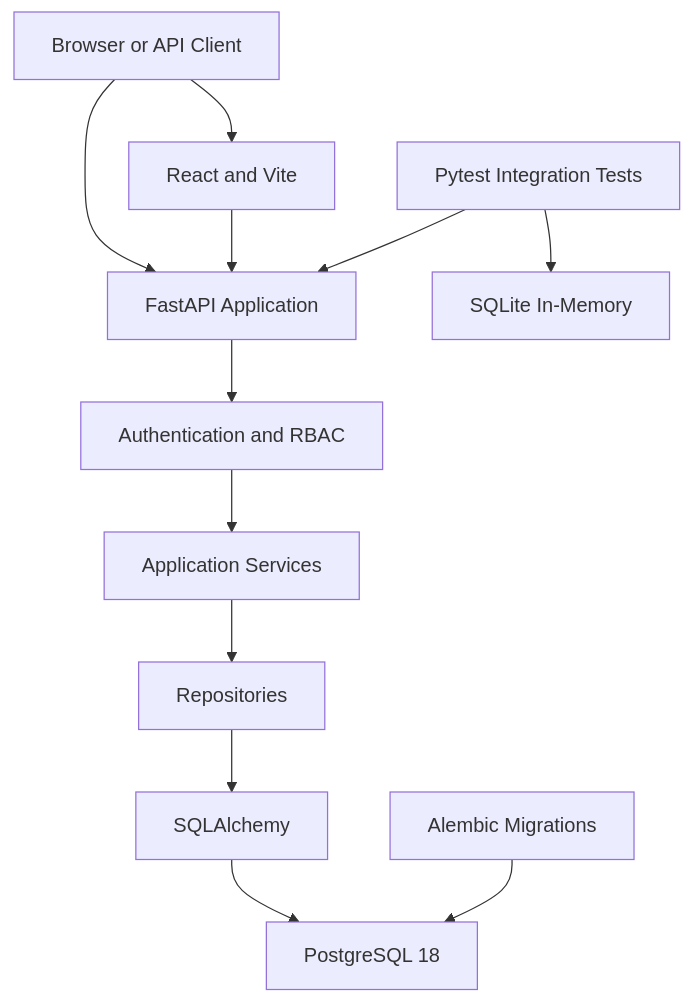
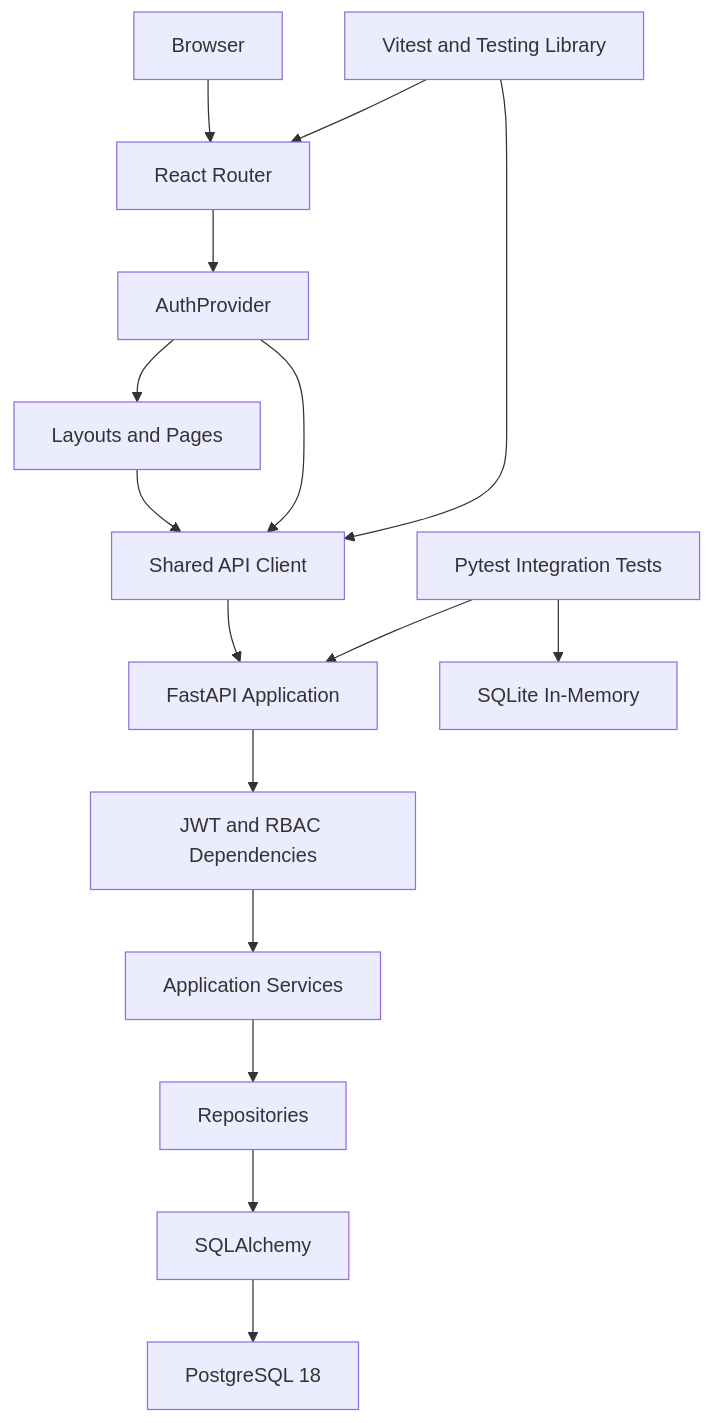
One commit to AJooujee/Software_Engineering_Career_Projects changed the first of 3 diagrams in cloud-deployed-full-stack-system/docs/architecture.md. Above: the diagram before and after it, drawn with Mermaid. The commit also changed other lines of this file and 30 other files, not shown here.

Commit message:
feat(cloud): add frontend authentication and application layout

````diff
--- a/cloud-deployed-full-stack-system/docs/architecture.md
+++ b/cloud-deployed-full-stack-system/docs/architecture.md
@@ -11,26 +13,33 @@
 ```mermaid
 flowchart TD
-    Client["Browser or API Client"]
-    Frontend["React and Vite"]
+    Browser["Browser"]
+    Router["React Router"]
+    Auth["AuthProvider"]
+    UI["Layouts and Pages"]
+    Client["Shared API Client"]
     API["FastAPI Application"]
-    Security["Authentication and RBAC"]
+    Security["JWT and RBAC Dependencies"]
     Services["Application Services"]
     Repositories["Repositories"]
     ORM["SQLAlchemy"]
     PostgreSQL["PostgreSQL 18"]
-    Alembic["Alembic Migrations"]
-    Tests["Pytest Integration Tests"]
+    FrontendTests["Vitest and Testing Library"]
+    BackendTests["Pytest Integration Tests"]
     SQLite["SQLite In-Memory"]
 
-    Client --> Frontend
+    Browser --> Router
+    Router --> Auth
+    Auth --> UI
+    UI --> Client
+    Auth --> Client
     Client --> API
-    Frontend --> API
     API --> Security
     Security --> Services
     Services --> Repositories
     Repositories --> ORM
     ORM --> PostgreSQL
-    Alembic --> PostgreSQL
-    Tests --> API
-    Tests --> SQLite
+    FrontendTests --> Router
+    FrontendTests --> Client
+    BackendTests --> API
+    BackendTests --> SQLite
 ```
````
